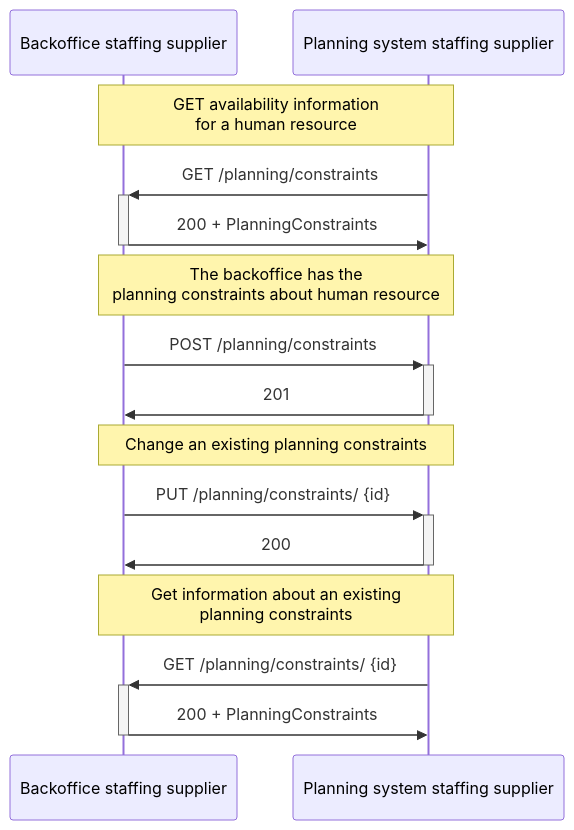
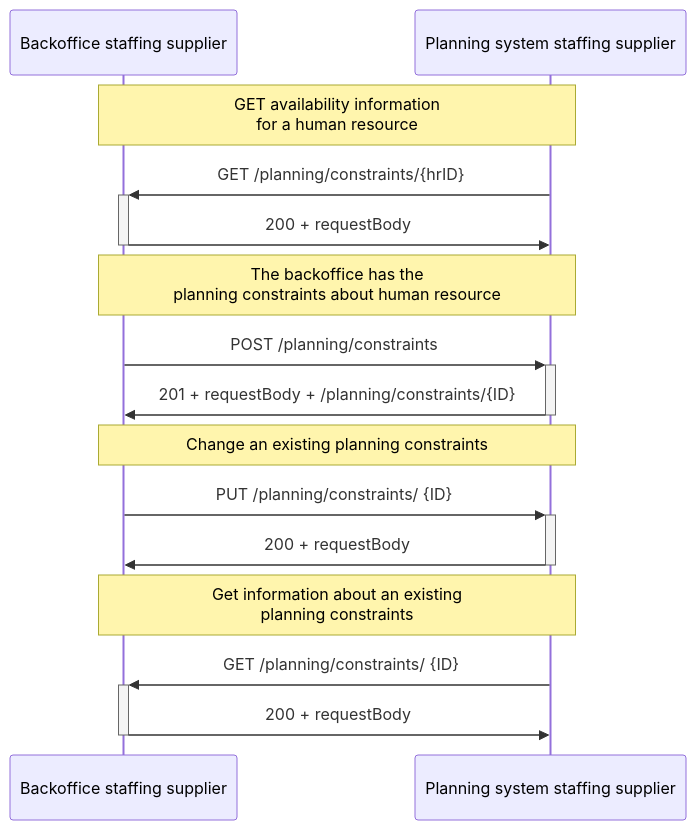
Before and after one commit to setu-standards/documentation: the diagram in app/docs/planning/Scenario 1/StaffingSupplier.md, drawn with Mermaid. The commit also changed other lines of this file and 2 other files, not shown here.

Commit message:
Consistency of identifier usage throughout docs

````diff
--- a/app/docs/planning/Scenario 1/StaffingSupplier.md
+++ b/app/docs/planning/Scenario 1/StaffingSupplier.md
@@ -15,22 +17,22 @@
 ```mermaid
 sequenceDiagram
     participant Backoffice as Backoffice staffing supplier
     participant Planning as Planning system  staffing supplier
 
     Note over Backoffice,Planning: GET availability information <br/> for a human resource
-    Planning ->>+ Backoffice: GET /planning/constraints
-    Backoffice ->>- Planning: 200 + PlanningConstraints
+    Planning ->>+ Backoffice: GET /planning/constraints/{hrID}
+    Backoffice ->>- Planning: 200 + requestBody
 
 
     Note over Backoffice,Planning: The backoffice has the <br/> planning constraints about human resource
     Backoffice ->>+ Planning: POST /planning/constraints
-    Planning ->>- Backoffice: 201
+    Planning ->>- Backoffice: 201 + requestBody + /planning/constraints/{ID}
 
     Note over Backoffice,Planning: Change an existing planning constraints
-    Backoffice ->>+ Planning: PUT /planning/constraints/ {id}
-    Planning ->>- Backoffice: 200
+    Backoffice ->>+ Planning: PUT /planning/constraints/ {ID}
+    Planning ->>- Backoffice: 200 + requestBody
 
     Note over Backoffice,Planning: Get information about an existing <br/> planning constraints
-    Planning ->>+ Backoffice: GET /planning/constraints/ {id}
-    Backoffice ->>- Planning: 200 + PlanningConstraints
+    Planning ->>+ Backoffice: GET /planning/constraints/ {ID}
+    Backoffice ->>- Planning: 200 + requestBody
 ```
````
